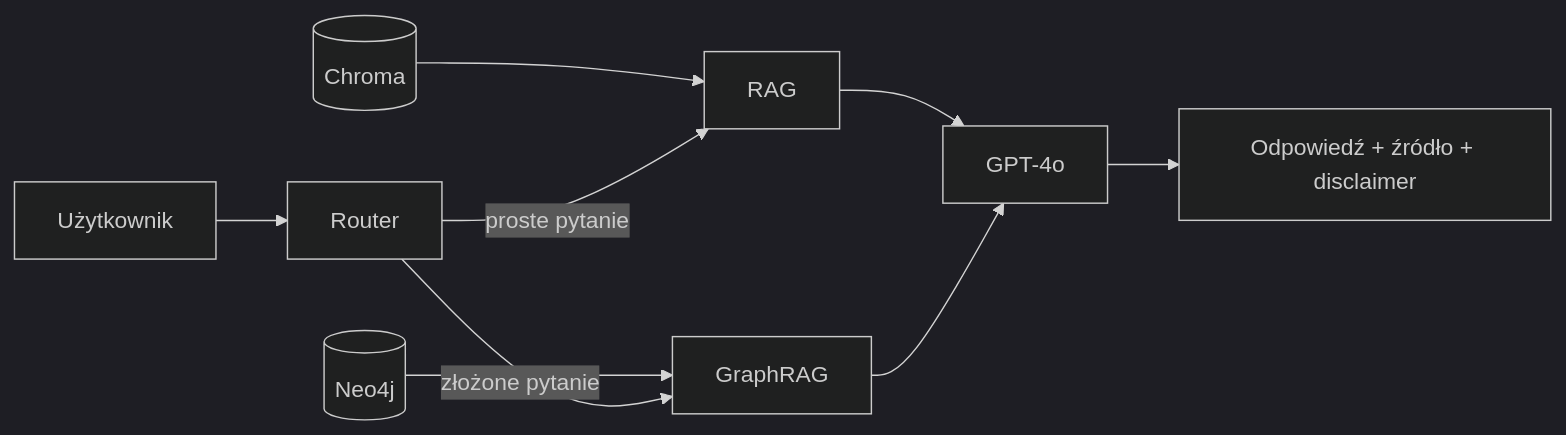
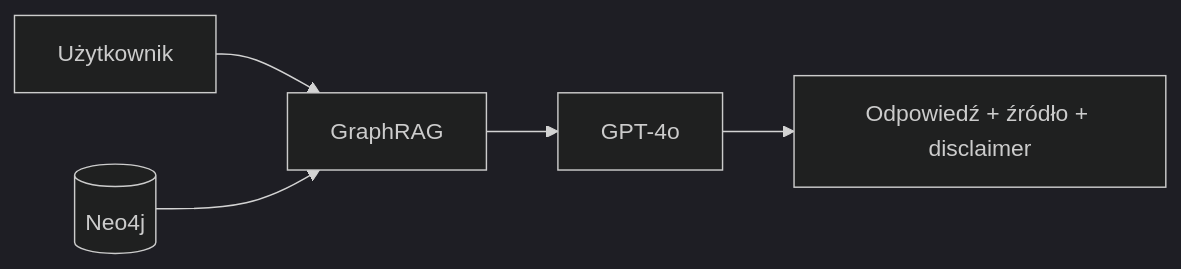
One commit to KrzysztofKroczynski/MedAi changed the second of 4 diagrams in PDD.md. Above: the diagram before and after it, drawn with Mermaid (dark theme). The commit also changed other lines of this file and 1 other file, not shown here.

````diff
--- a/PDD.md
+++ b/PDD.md
@@ -46,11 +35,7 @@
 ```mermaid
 flowchart LR
-    USER["Użytkownik"] --> ROUTER["Router"]
-    CHROMA[("Chroma")] --> RAG["RAG"]
-    NEO4J[("Neo4j")] --> GRAPH["GraphRAG"]
-    ROUTER -->|"proste pytanie"| RAG
-    ROUTER -->|"złożone pytanie"| GRAPH
-    RAG --> LLM["GPT-4o"]
-    GRAPH --> LLM
+    USER["Użytkownik"] --> GRAPH["GraphRAG"]
+    NEO4J[("Neo4j")] --> GRAPH
+    GRAPH --> LLM["GPT-4o"]
     LLM --> ANS["Odpowiedź + źródło + disclaimer"]
 ```
````
